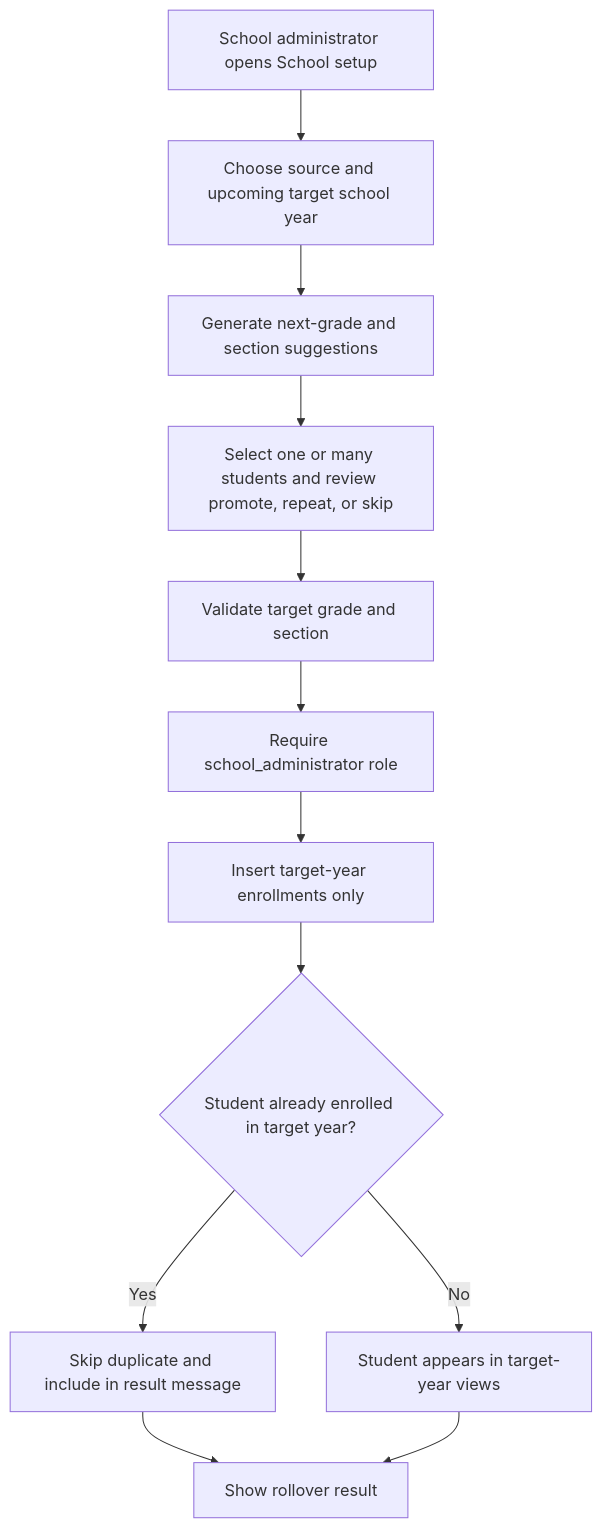
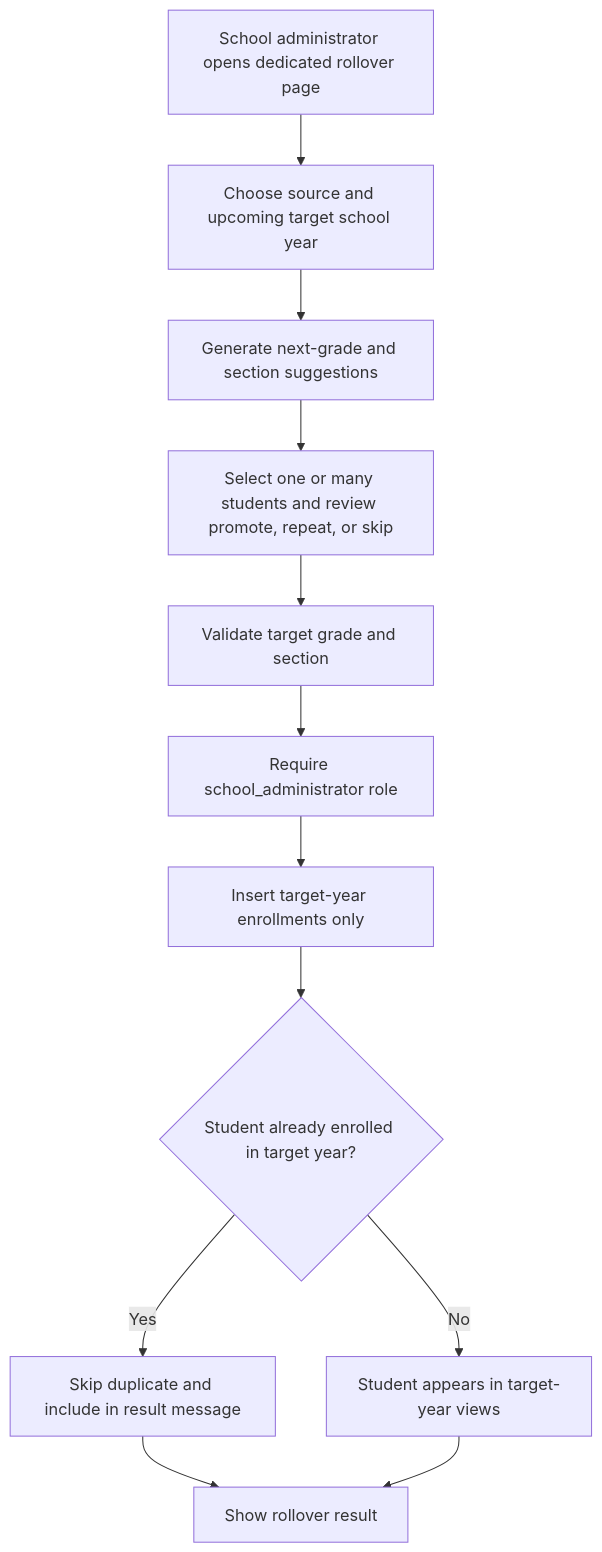
One commit to Xeyn19/xmetapay changed the seventh of 21 diagrams in docs/PROJECT_FLOWCHARTS.md. Above: the diagram before and after it, drawn with Mermaid. The commit also changed other lines of this file and 16 other files, not shown here.

````diff
--- a/docs/PROJECT_FLOWCHARTS.md
+++ b/docs/PROJECT_FLOWCHARTS.md
@@ -274,14 +274,14 @@
 ```mermaid
 flowchart TD
-  A["School administrator opens School setup"] --> B["Choose source and upcoming target school year"]
+  A["School administrator opens dedicated rollover page"] --> B["Choose source and upcoming target school year"]
   B --> C["Generate next-grade and section suggestions"]
   C --> D["Select one or many students and review promote, repeat, or skip"]
   D --> E["Validate target grade and section"]
   E --> F["Require school_administrator role"]
   F --> G["Insert target-year enrollments only"]
   G --> H{"Student already enrolled in target year?"}
   H -->|Yes| I["Skip duplicate and include in result message"]
   H -->|No| J["Student appears in target-year views"]
   I --> K["Show rollover result"]
   J --> K
 ```
````
